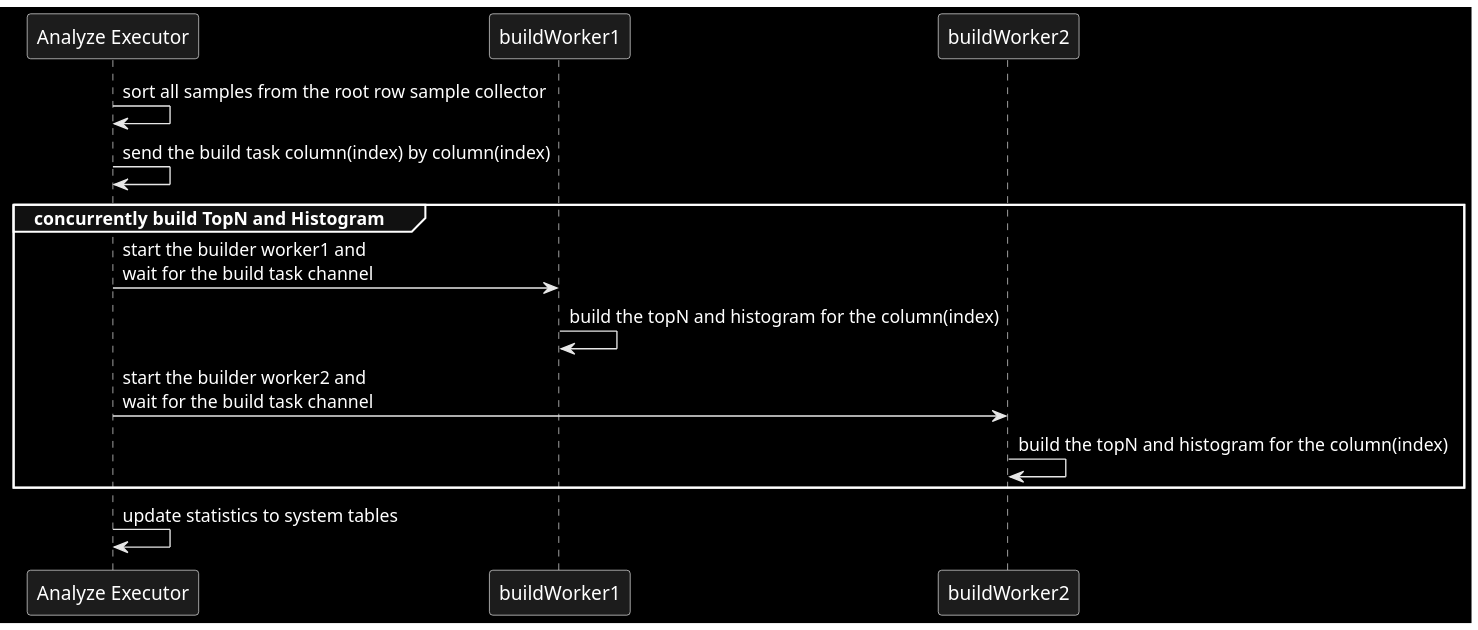
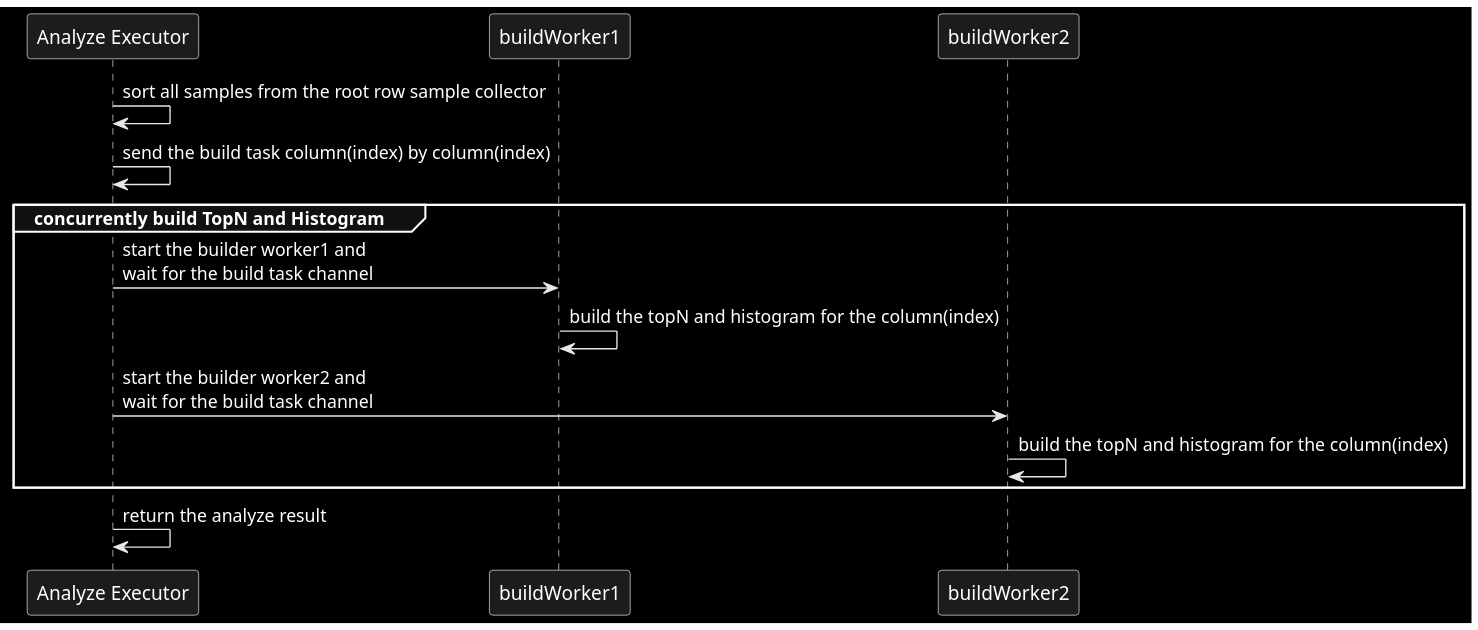
One commit to Rustin170506/tidb-analyze.slide changed the sixth of 6 diagrams in slides.md. Above: the diagram before and after it, drawn with PlantUML. The commit also changed other lines of this file, not shown here.

Commit message:
analyze: fix dataflow

````diff
--- a/slides.md
+++ b/slides.md
@@ -702,16 +735,16 @@
 ```plantuml
 @startuml
 
 skinparam monochrome reverse
 
 "Analyze Executor" as AE -> AE: sort all samples from the root row sample collector
 AE -> AE: send the build task column(index) by column(index)
 group concurrently build TopN and Histogram
   AE -> buildWorker1: start the builder worker1 and \nwait for the build task channel
   buildWorker1 -> buildWorker1: build the topN and histogram for the column(index)
   AE -> buildWorker2: start the builder worker2 and \nwait for the build task channel
   buildWorker2 -> buildWorker2: build the topN and histogram for the column(index)
 end
-AE -> AE: update statistics to system tables
+AE -> AE: return the analyze result
 @enduml
 ```
````
